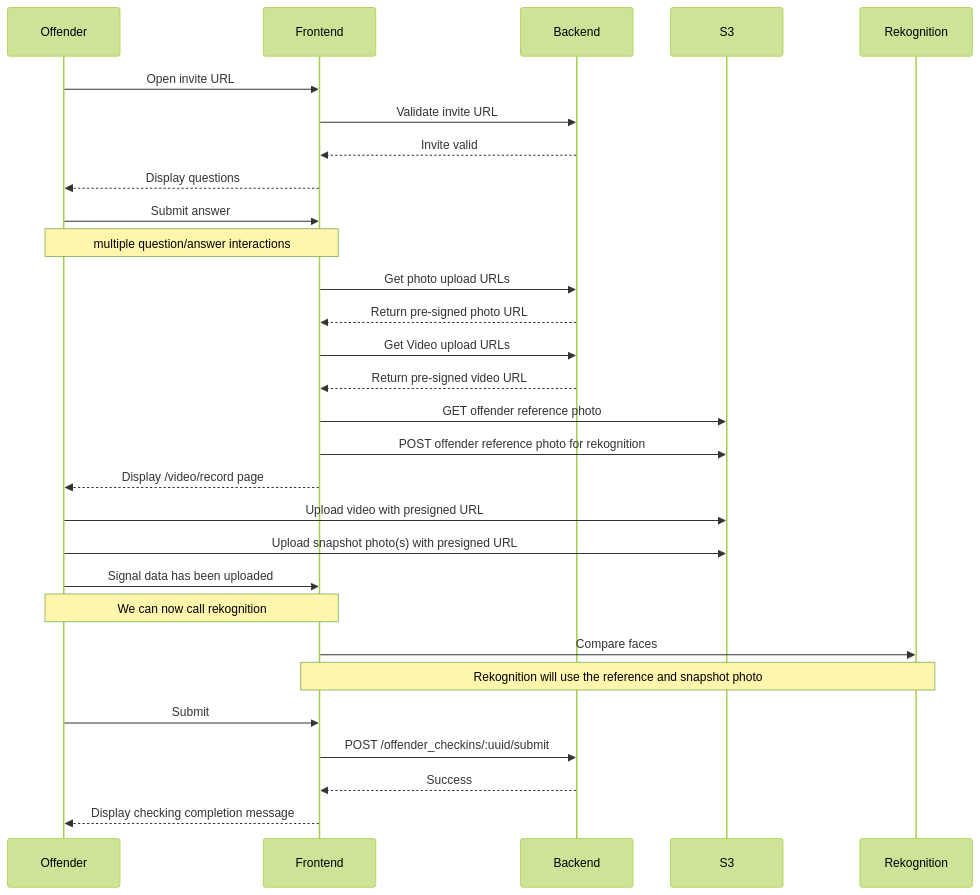
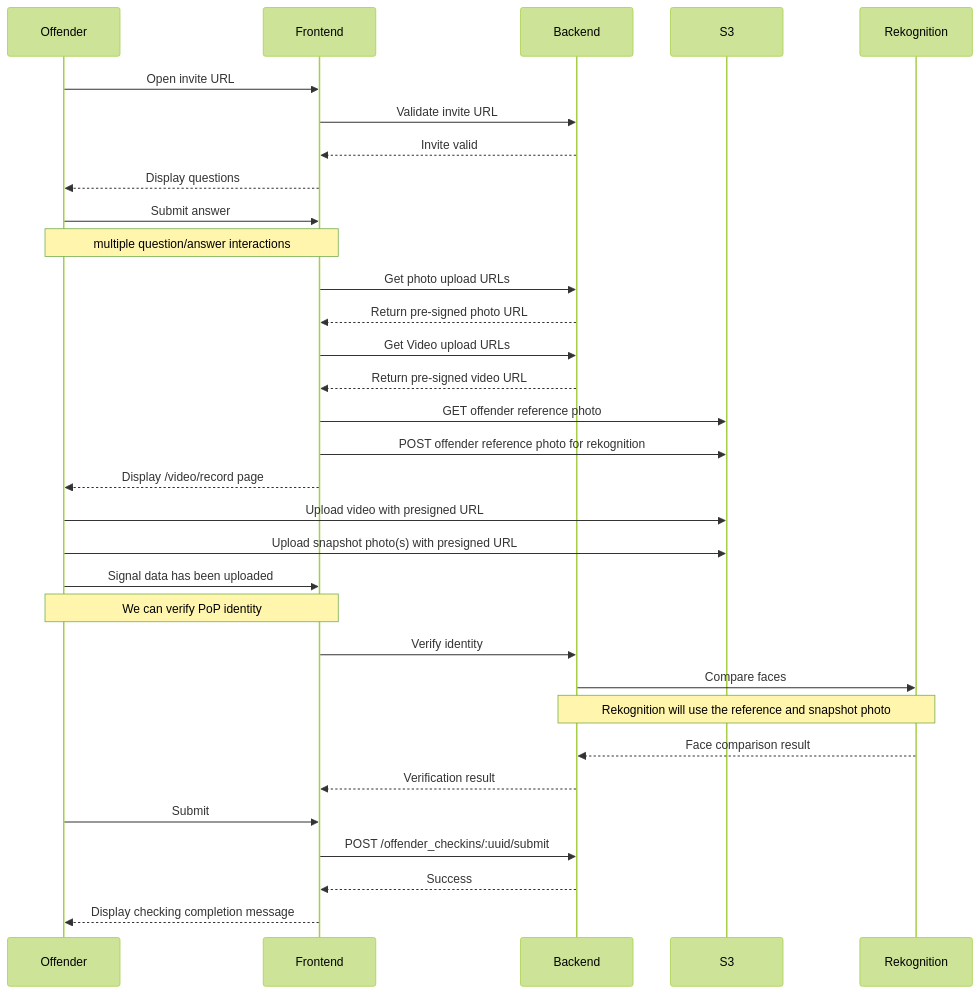
Before and after one commit to ministryofjustice/hmpps-esupervision-api: the second of 2 diagrams in docs/interactions.md, drawn with Mermaid (forest theme).

Commit message:
Update auto verification sequence diagram

````diff
--- a/docs/interactions.md
+++ b/docs/interactions.md
@@ -37,32 +37,35 @@
 ```mermaid
 sequenceDiagram
     participant Offender
     participant Frontend
     participant Backend
     participant S3
     participant Rekognition
         
     Offender->>Frontend: Open invite URL
     Frontend->>Backend: Validate invite URL
     Backend-->>Frontend: Invite valid
     Frontend-->>Offender: Display questions
     Offender->>Frontend: Submit answer
     Note over Offender,Frontend: multiple question/answer interactions
     Frontend->>Backend: Get photo upload URLs
     Backend-->>Frontend: Return pre-signed photo URL
     Frontend->>Backend: Get Video upload URLs
     Backend-->>Frontend: Return pre-signed video URL
     Frontend->>S3: GET offender reference photo
     Frontend->>S3: POST offender reference photo for rekognition
     Frontend-->>Offender: Display /video/record page
     Offender->>S3: Upload video with presigned URL
     Offender->>S3: Upload snapshot photo(s) with presigned URL
     Offender->>Frontend: Signal data has been uploaded
-    Note over Offender,Frontend: We can now call rekognition
-    Frontend->>Rekognition: Compare faces
-    Note over Frontend,Rekognition: Rekognition will use the reference and snapshot photo
+    Note over Offender,Frontend: We can verify PoP identity
+    Frontend->>Backend: Verify identity
+    Backend->>Rekognition: Compare faces
+    Note over Backend,Rekognition: Rekognition will use the reference and snapshot photo
+    Rekognition-->>Backend: Face comparison result
+    Backend-->>Frontend: Verification result
     Offender->>Frontend: Submit
     Frontend->>Backend: POST /offender_checkins/:uuid/submit
     Backend-->>Frontend: Success
     Frontend-->>Offender: Display checking completion message
 ```
````
